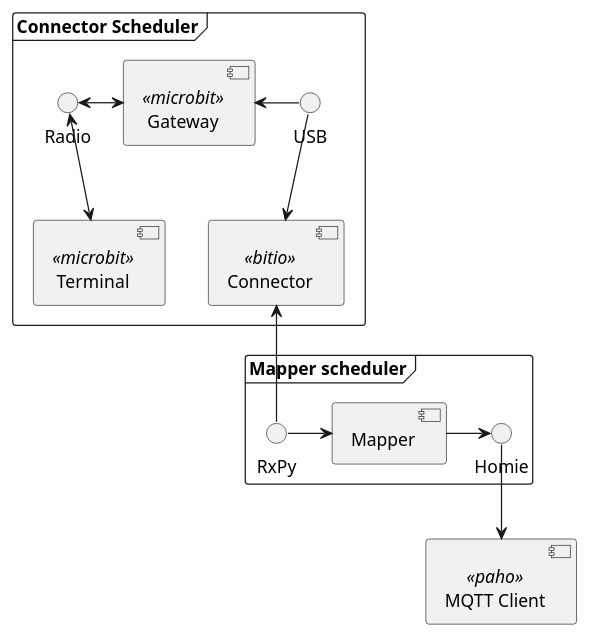
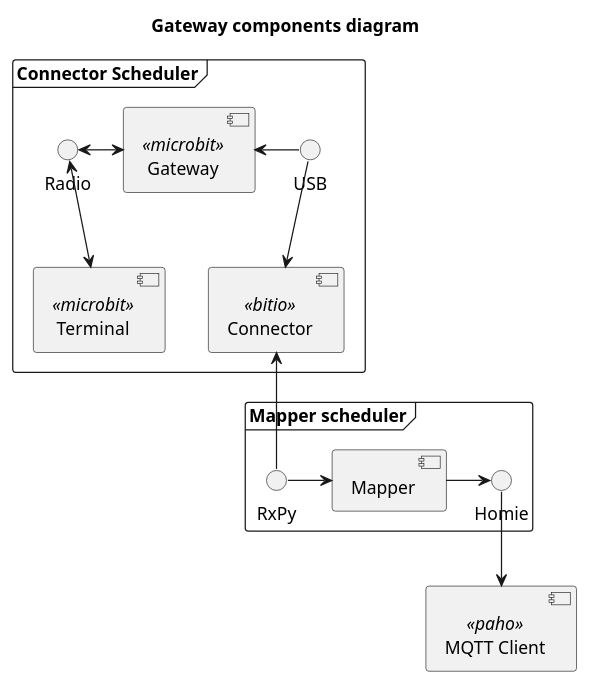
Before and after one commit to bcopy/microsquad: the diagram in docs/plantuml/sequence-diagrams/gateway-components.puml, drawn with PlantUML.

Commit message:
Add diagram title

```diff
--- a/docs/plantuml/sequence-diagrams/gateway-components.puml
+++ b/docs/plantuml/sequence-diagrams/gateway-components.puml
@@ -1,22 +1,23 @@
-@startuml
+@startuml Gateway components diagram
 
+title Gateway components diagram
 frame "Connector Scheduler"{
     [Connector] <<bitio>>
     [Gateway] <<microbit>>
     [Terminal] <<microbit>>
     USB -left-> Gateway
     USB --> Connector
     Radio <-> Gateway
     Radio <--> Terminal
 }
 [MQTT Client] <<paho>> as mqtt
 
 frame "Mapper scheduler"{
     [Mapper] 
     RxPy -right-> Mapper
     RxPy -up-> Connector
 Mapper -> Homie
 }
 Homie --> mqtt
 
 @enduml
```
